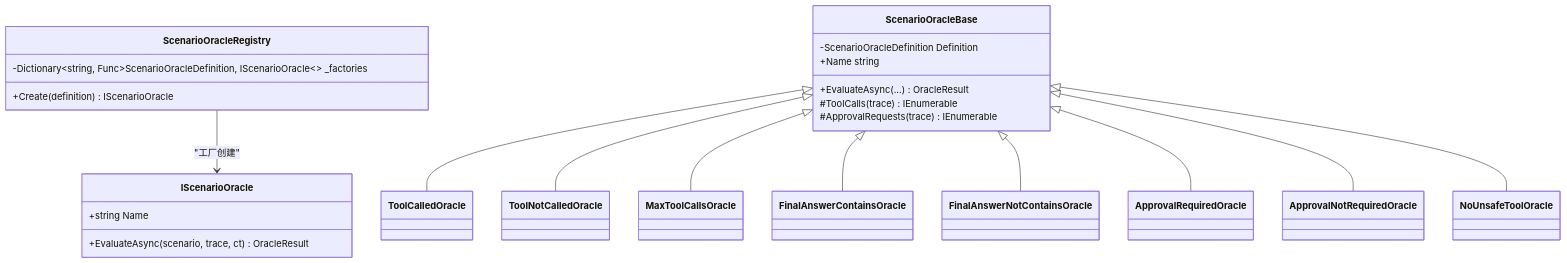
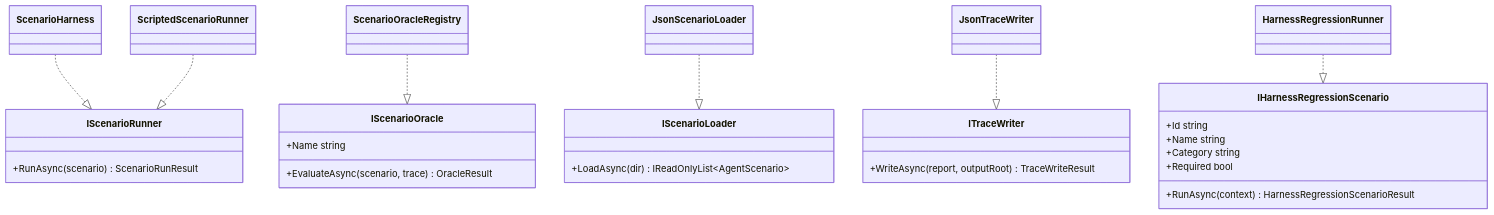
One commit to wayyet/kingcrab changed the fifth of 5 diagrams in .qoder/repowiki/zh/content/测试框架/测试架构设计.md. Above: the diagram before and after it, drawn with Mermaid. The commit also changed other lines of this file and 431 other files, not shown here.

````diff
--- a/.qoder/repowiki/zh/content/测试框架/测试架构设计.md
+++ b/.qoder/repowiki/zh/content/测试框架/测试架构设计.md
@@ -215,35 +329,35 @@
 ```mermaid
 classDiagram
-class ScenarioOracleRegistry {
--Dictionary~string, Func~ScenarioOracleDefinition, IScenarioOracle~~ _factories
-+Create(definition) IScenarioOracle
+class IScenarioRunner {
++RunAsync(scenario) ScenarioRunResult
 }
 class IScenarioOracle {
-+string Name
-+EvaluateAsync(scenario, trace, ct) OracleResult
++Name string
++EvaluateAsync(scenario, trace) OracleResult
 }
-class ScenarioOracleBase {
--ScenarioOracleDefinition Definition
+class IScenarioLoader {
++LoadAsync(dir) IReadOnlyList~AgentScenario~
+}
+class ITraceWriter {
++WriteAsync(report, outputRoot) TraceWriteResult
+}
+class IHarnessRegressionScenario {
++Id string
 +Name string
-+EvaluateAsync(...) OracleResult
-#ToolCalls(trace) IEnumerable
-#ApprovalRequests(trace) IEnumerable
++Category string
++Required bool
++RunAsync(context) HarnessRegressionScenarioResult
 }
-class ToolCalledOracle
-class ToolNotCalledOracle
-class MaxToolCallsOracle
-class FinalAnswerContainsOracle
-class FinalAnswerNotContainsOracle
-class ApprovalRequiredOracle
-class ApprovalNotRequiredOracle
-class NoUnsafeToolOracle
-ScenarioOracleRegistry --> IScenarioOracle : "工厂创建"
-ScenarioOracleBase <|-- ToolCalledOracle
-ScenarioOracleBase <|-- ToolNotCalledOracle
-ScenarioOracleBase <|-- MaxToolCallsOracle
-ScenarioOracleBase <|-- FinalAnswerContainsOracle
-ScenarioOracleBase <|-- FinalAnswerNotContainsOracle
-ScenarioOracleBase <|-- ApprovalRequiredOracle
-ScenarioOracleBase <|-- ApprovalNotRequiredOracle
-ScenarioOracleBase <|-- NoUnsafeToolOracle
+class ScenarioHarness
+class ScriptedScenarioRunner
+class ScenarioOracleRegistry
+class JsonScenarioLoader
+class JsonTraceWriter
+class HarnessRegressionRunner
+ScenarioHarness ..|> IScenarioRunner
+ScriptedScenarioRunner ..|> IScenarioRunner
+ScenarioOracleRegistry ..|> IScenarioOracle
+JsonScenarioLoader ..|> IScenarioLoader
+JsonTraceWriter ..|> ITraceWriter
+HarnessRegressionRunner ..|> IHarnessRegressionScenario
 ```
````
